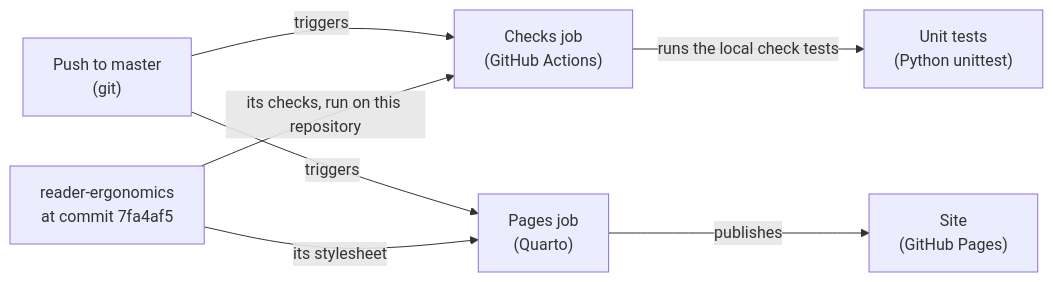
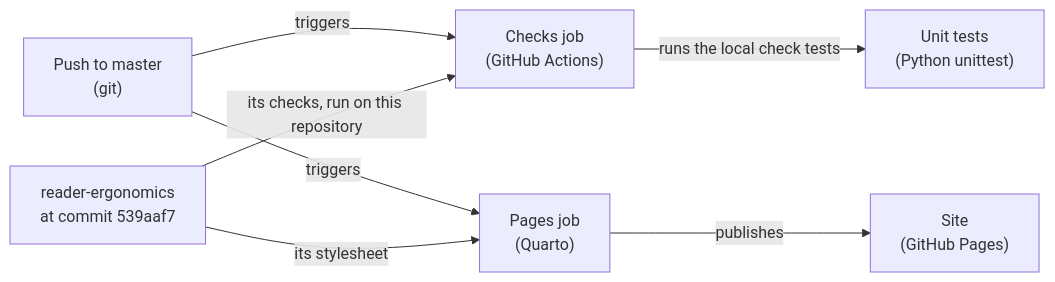
One commit to Tewf/reader-ergonomics-software-design changed the diagram in shapes/system-diagram.md. Above: the diagram before and after it, drawn with Mermaid. The commit also changed other lines of this file and 29 other files, not shown here.

First line of the commit message:
Move to reader-ergonomics v1.8.1 and draw the card's figure as it does

````diff
--- a/shapes/system-diagram.md
+++ b/shapes/system-diagram.md
@@ -80,9 +80,9 @@
 ```mermaid
 flowchart LR
     push["Push to master<br/>(git)"] -->|"triggers"| checks["Checks job<br/>(GitHub Actions)"]
-    standard["reader-ergonomics<br/>at commit 7fa4af5"] -->|"its checks, run on this repository"| checks
+    standard["reader-ergonomics<br/>at commit 539aaf7"] -->|"its checks, run on this repository"| checks
     checks -->|"runs the local check tests"| tests["Unit tests<br/>(Python unittest)"]
     push -->|"triggers"| pages["Pages job<br/>(Quarto)"]
     standard -->|"its stylesheet"| pages
     pages -->|"publishes"| site["Site<br/>(GitHub Pages)"]
 ```
````
